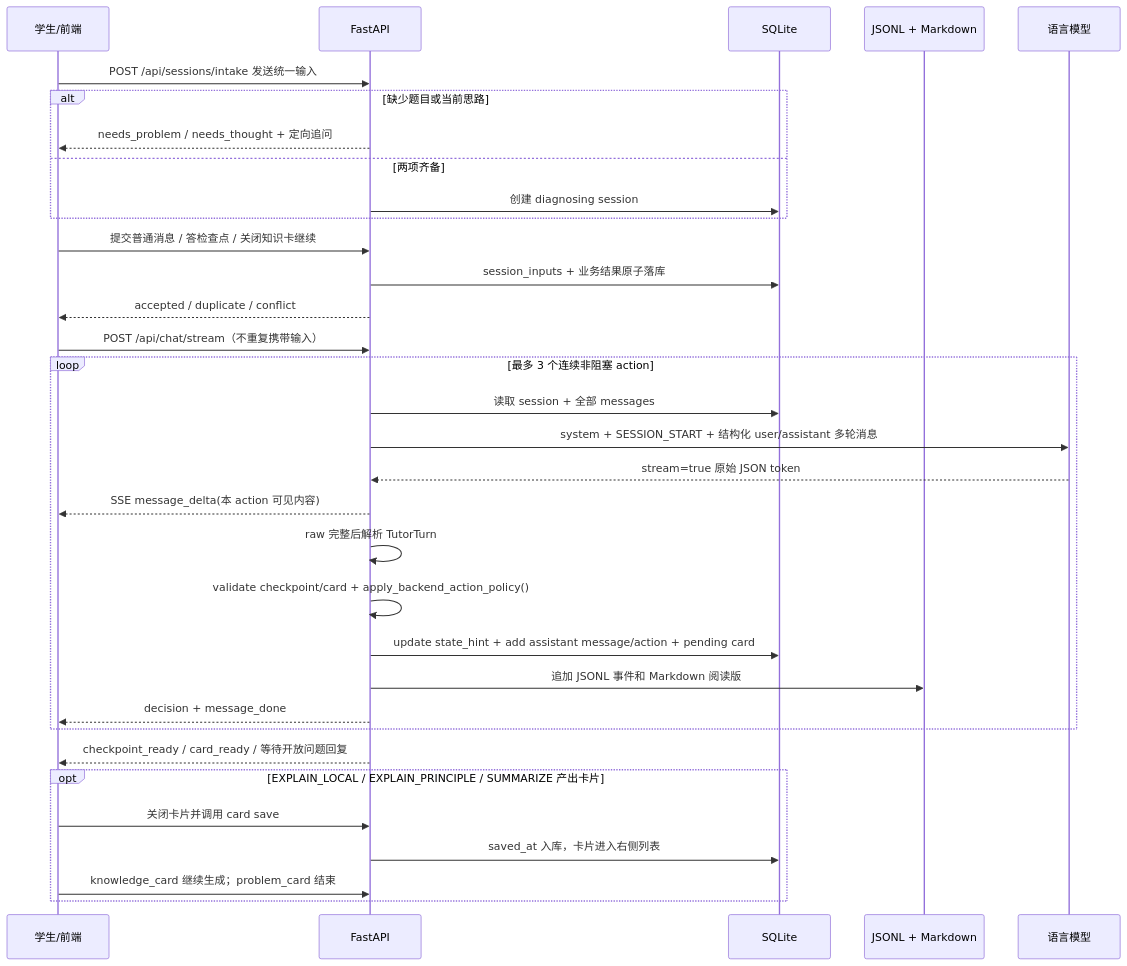
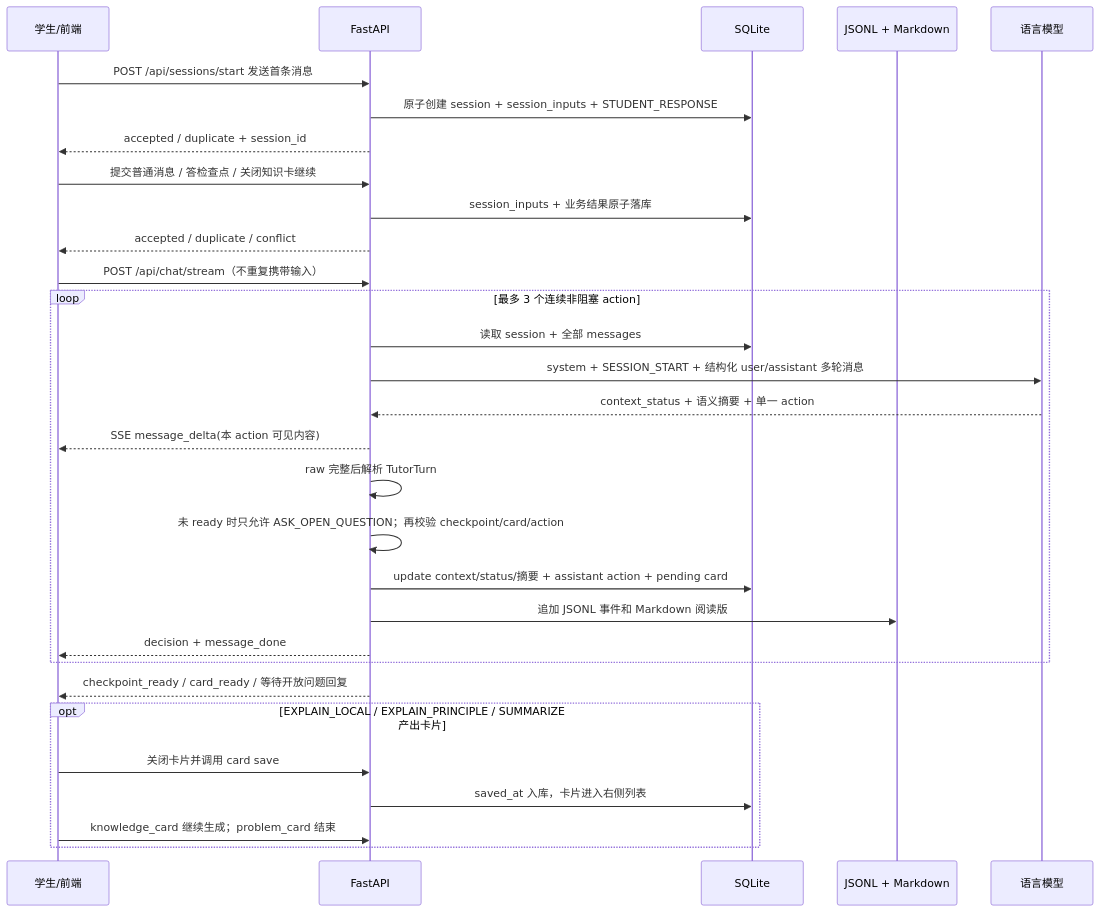
The diagram in docs/state-machine.md (robbinpanda/Diagnostic-teaching), drawn with Mermaid before and after one commit. The commit also changed other lines of this file and 20 other files, not shown here.

Commit message:
feat: move context collection into tutoring flow

````diff
--- a/docs/state-machine.md
+++ b/docs/state-machine.md
@@ -20,36 +20,33 @@
 ```mermaid
 sequenceDiagram
   participant Student as 学生/前端
   participant API as FastAPI
   participant DB as SQLite
   participant Log as JSONL + Markdown
   participant LLM as 语言模型
 
-  Student->>API: POST /api/sessions/intake 发送统一输入
-  alt 缺少题目或当前思路
-    API-->>Student: needs_problem / needs_thought + 定向追问
-  else 两项齐备
-    API->>DB: 创建 diagnosing session
-  end
+  Student->>API: POST /api/sessions/start 发送首条消息
+  API->>DB: 原子创建 session + session_inputs + STUDENT_RESPONSE
+  API-->>Student: accepted / duplicate + session_id
   Student->>API: 提交普通消息 / 答检查点 / 关闭知识卡继续
   API->>DB: session_inputs + 业务结果原子落库
   API-->>Student: accepted / duplicate / conflict
   Student->>API: POST /api/chat/stream（不重复携带输入）
   loop 最多 3 个连续非阻塞 action
     API->>DB: 读取 session + 全部 messages
     API->>LLM: system + SESSION_START + 结构化 user/assistant 多轮消息
-    LLM-->>API: stream=true 原始 JSON token
+    LLM-->>API: context_status + 语义摘要 + 单一 action
     API-->>Student: SSE message_delta(本 action 可见内容)
     API->>API: raw 完整后解析 TutorTurn
-    API->>API: validate checkpoint/card + apply_backend_action_policy()
-    API->>DB: update state_hint + add assistant message/action + pending card
+    API->>API: 未 ready 时只允许 ASK_OPEN_QUESTION；再校验 checkpoint/card/action
+    API->>DB: update context/status/摘要 + assistant action + pending card
     API->>Log: 追加 JSONL 事件和 Markdown 阅读版
     API-->>Student: decision + message_done
   end
   API-->>Student: checkpoint_ready / card_ready / 等待开放问题回复
   opt EXPLAIN_LOCAL / EXPLAIN_PRINCIPLE / SUMMARIZE 产出卡片
     Student->>API: 关闭卡片并调用 card save
     API->>DB: saved_at 入库，卡片进入右侧列表
     Student->>API: knowledge_card 继续生成；problem_card 结束
   end
 ```
````
